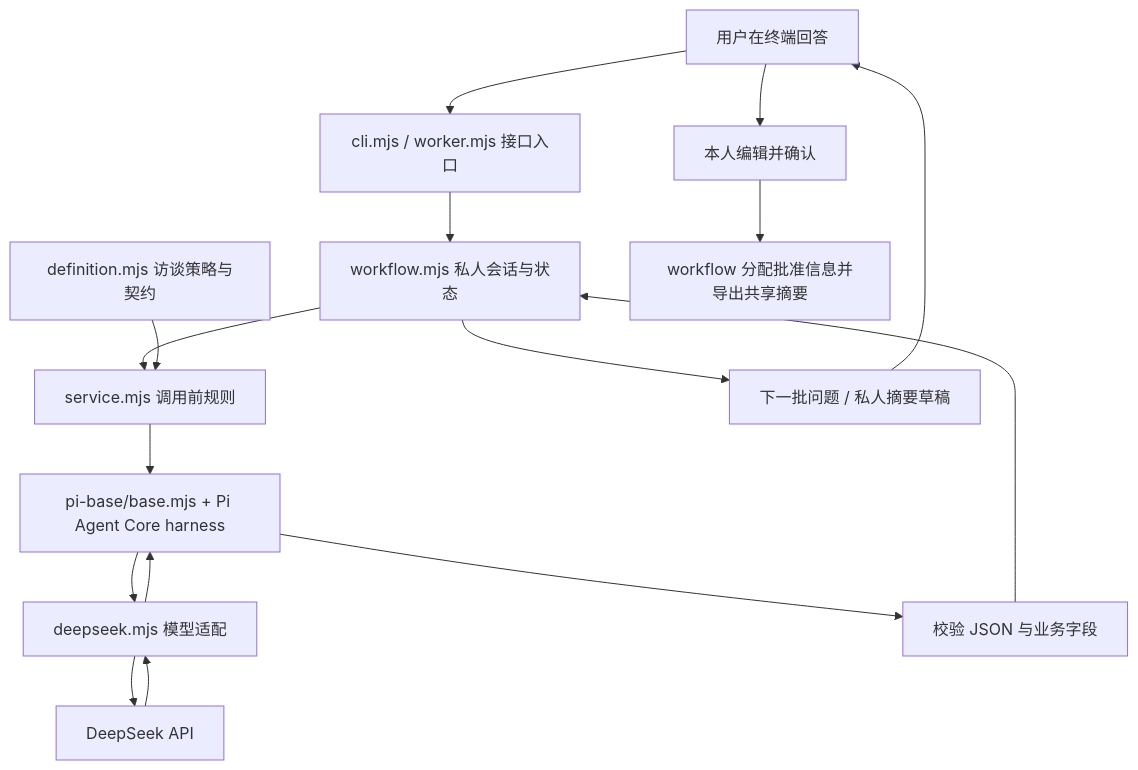
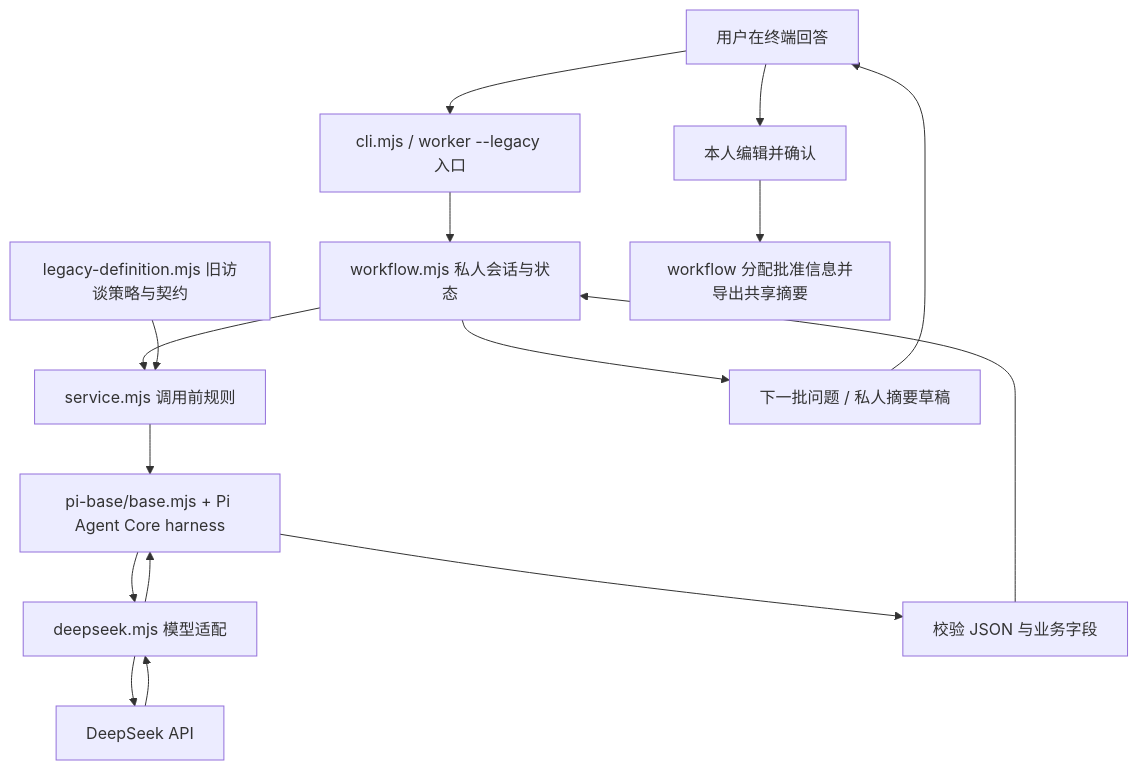
Before and after one commit to sgtlyz/Considea: the diagram in agent/interview/README.md, drawn with Mermaid. The commit also changed other lines of this file and 23 other files, not shown here.

````diff
--- a/agent/interview/README.md
+++ b/agent/interview/README.md
@@ -29,18 +31,18 @@
 ```mermaid
 flowchart TD
-    U[用户在终端回答] --> C[cli.mjs / worker.mjs 接口入口]
+    U[用户在终端回答] --> C[cli.mjs / worker --legacy 入口]
     C --> W[workflow.mjs 私人会话与状态]
     W --> S[service.mjs 调用前规则]
-    D[definition.mjs 访谈策略与契约] --> S
+    D[legacy-definition.mjs 旧访谈策略与契约] --> S
     S --> H[pi-base/base.mjs + Pi Agent Core harness]
     H --> A[deepseek.mjs 模型适配]
     A --> M[DeepSeek API]
     M --> A
     A --> H
     H --> V[校验 JSON 与业务字段]
     V --> W
     W --> Q[下一批问题 / 私人摘要草稿]
     Q --> U
     U --> P[本人编辑并确认]
     P --> E[workflow 分配批准信息并导出共享摘要]
 ```
````
